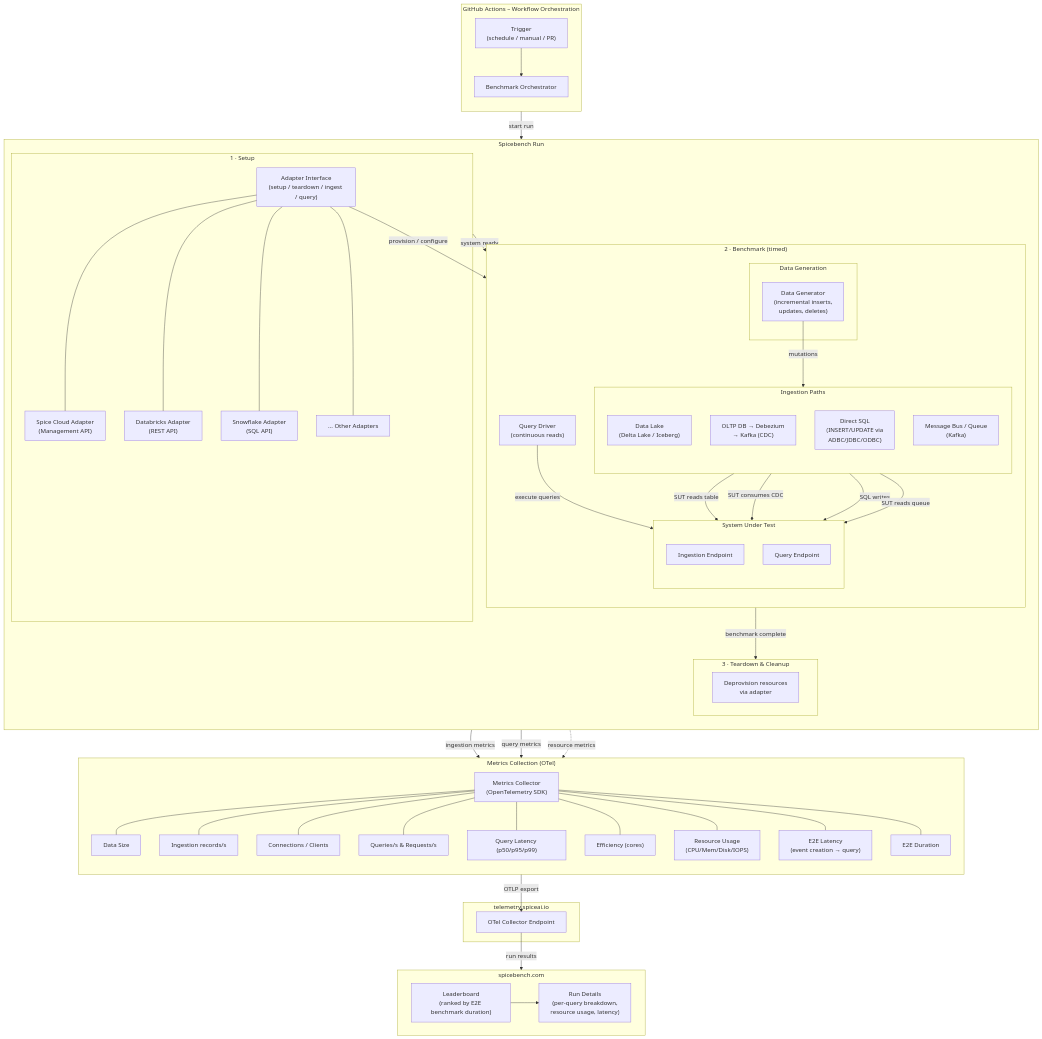
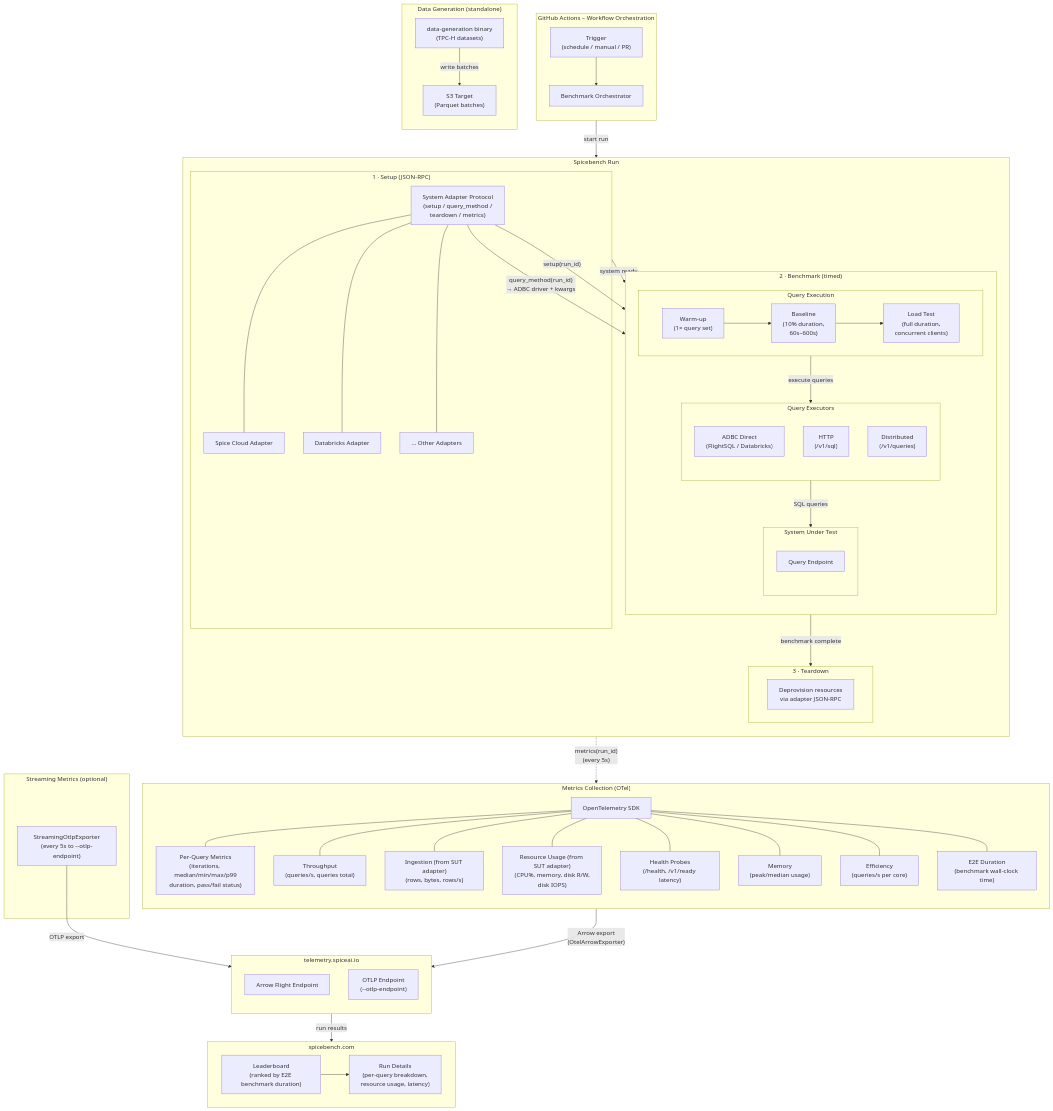
One commit to spiceai/spicebench changed the diagram in README.md. Above: the diagram before and after it, drawn with Mermaid. The commit also changed other lines of this file, not shown here.

````diff
--- a/README.md
+++ b/README.md
@@ -16,72 +16,84 @@
     subgraph run["Spicebench Run"]
         direction TB
 
-        subgraph setup_phase["1 · Setup"]
-            adapter_iface["Adapter Interface\n(setup / teardown / ingest / query)"]
-            spice["Spice Cloud Adapter\n(Management API)"]
-            databricks["Databricks Adapter\n(REST API)"]
-            snowflake["Snowflake Adapter\n(SQL API)"]
+        subgraph setup_phase["1 · Setup (JSON-RPC)"]
+            adapter_iface["System Adapter Protocol\n(setup / query_method /\nteardown / metrics)"]
+            spice["Spice Cloud Adapter"]
+            databricks["Databricks Adapter"]
             other["... Other Adapters"]
             adapter_iface --- spice
             adapter_iface --- databricks
-            adapter_iface --- snowflake
             adapter_iface --- other
         end
 
         subgraph bench_phase["2 · Benchmark (timed)"]
             direction TB
 
-            subgraph datagen["Data Generation"]
-                generator["Data Generator\n(incremental inserts,\nupdates, deletes)"]
+            subgraph query_exec["Query Execution"]
+                direction LR
+                warmup["Warm-up\n(1× query set)"]
+                baseline["Baseline\n(10% duration,\n60s–600s)"]
+                loadtest["Load Test\n(full duration,\nconcurrent clients)"]
+                warmup --> baseline --> loadtest
             end
 
-            subgraph ingestion_paths["Ingestion Paths"]
+            subgraph executors["Query Executors"]
                 direction TB
-                datalake["Data Lake\n(Delta Lake / Iceberg)"]
-                oltp_cdc["OLTP DB → Debezium\n→ Kafka (CDC)"]
-                direct["Direct SQL\n(INSERT/UPDATE via\nADBC/JDBC/ODBC)"]
-                kafka["Message Bus / Queue\n(Kafka)"]
+                adbc_exec["ADBC Direct\n(FlightSQL / Databricks)"]
+                http_exec["HTTP\n(/v1/sql)"]
+                distributed_exec["Distributed\n(/v1/queries)"]
             end
 
             subgraph sut["System Under Test"]
                 direction TB
-                ingest_ep["Ingestion Endpoint"]
                 query_ep["Query Endpoint"]
             end
 
-            query_driver["Query Driver\n(continuous reads)"]
+            query_exec -->|"execute queries"| executors
+            executors -->|"SQL queries"| query_ep
         end
 
-        subgraph teardown_phase["3 · Teardown & Cleanup"]
-            cleanup["Deprovision resources\nvia adapter"]
+        subgraph teardown_phase["3 · Teardown"]
+            cleanup["Deprovision resources\nvia adapter JSON-RPC"]
         end
+    end
+
+    subgraph datagen["Data Generation (standalone)"]
+        direction TB
+        generator["data-generation binary\n(TPC-H datasets)"]
+        s3target["S3 Target\n(Parquet batches)"]
+        generator -->|"write batches"| s3target
     end
 
     subgraph metrics["Metrics Collection (OTel)"]
         direction TB
-        collector["Metrics Collector\n(OpenTelemetry SDK)"]
-        m1["Data Size"]
-        m2["Ingestion records/s"]
-        m3["Connections / Clients"]
-        m4["Queries/s & Requests/s"]
-        m5["Query Latency (p50/p95/p99)"]
-        m6["Efficiency (cores)"]
-        m7["Resource Usage\n(CPU/Mem/Disk/IOPS)"]
-        m8["E2E Latency\n(event creation → query)"]
-        m9["E2E Duration"]
-        collector --- m1
-        collector --- m2
-        collector --- m3
-        collector --- m4
-        collector --- m5
-        collector --- m6
-        collector --- m7
-        collector --- m8
-        collector --- m9
+        collector["OpenTelemetry SDK"]
+        m_query["Per-Query Metrics\n(iterations, median/min/max/p99\nduration, pass/fail status)"]
+        m_throughput["Throughput\n(queries/s, queries total)"]
+        m_ingestion["Ingestion (from SUT adapter)\n(rows, bytes, rows/s)"]
+        m_resource["Resource Usage (from SUT adapter)\n(CPU%, memory, disk R/W,\ndisk IOPS)"]
+        m_health["Health Probes\n(/health, /v1/ready latency)"]
+        m_memory["Memory\n(peak/median usage)"]
+        m_efficiency["Efficiency\n(queries/s per core)"]
+        m_e2e["E2E Duration\n(benchmark wall-clock time)"]
+        collector --- m_query
+        collector --- m_throughput
+        collector --- m_ingestion
+        collector --- m_resource
+        collector --- m_health
+        collector --- m_memory
+        collector --- m_efficiency
+        collector --- m_e2e
+    end
+
+    subgraph streaming["Streaming Metrics (optional)"]
+        streaming_exporter["StreamingOtlpExporter\n(every 5s to --otlp-endpoint)"]
     end
 
     subgraph telemetry["telemetry.spiceai.io"]
-        otel_endpoint["OTel Collector Endpoint"]
+        direction TB
+        arrow_endpoint["Arrow Flight Endpoint"]
+        otel_endpoint["OTLP Endpoint\n(--otlp-endpoint)"]
     end
 
     subgraph website["spicebench.com"]
@@ -92,21 +104,14 @@
 
     orchestrator -->|"start run"| run
 
-    adapter_iface -->|"provision / configure"| sut
+    adapter_iface -->|"setup(run_id)"| sut
+    adapter_iface -->|"query_method(run_id)\n→ ADBC driver + kwargs"| executors
     setup_phase -->|"system ready"| bench_phase
     bench_phase -->|"benchmark complete"| teardown_phase
 
-    generator -->|"mutations"| ingestion_paths
-    datalake -->|"SUT reads table"| ingest_ep
-    oltp_cdc -->|"SUT consumes CDC"| ingest_ep
-    direct -->|"SQL writes"| ingest_ep
-    kafka -->|"SUT reads queue"| ingest_ep
-    query_driver -->|"execute queries"| query_ep
+    adapter_iface -.->|"metrics(run_id)\n(every 5s)"| collector
 
-    generator -->|"ingestion metrics"| collector
-    query_driver -->|"query metrics"| collector
-    sut -.->|"resource metrics"| collector
-
-    collector -->|"OTLP export"| otel_endpoint
-    otel_endpoint -->|"run results"| website
+    collector -->|"Arrow export\n(OtelArrowExporter)"| arrow_endpoint
+    streaming_exporter -->|"OTLP export"| otel_endpoint
+    arrow_endpoint -->|"run results"| website
 ```
````
